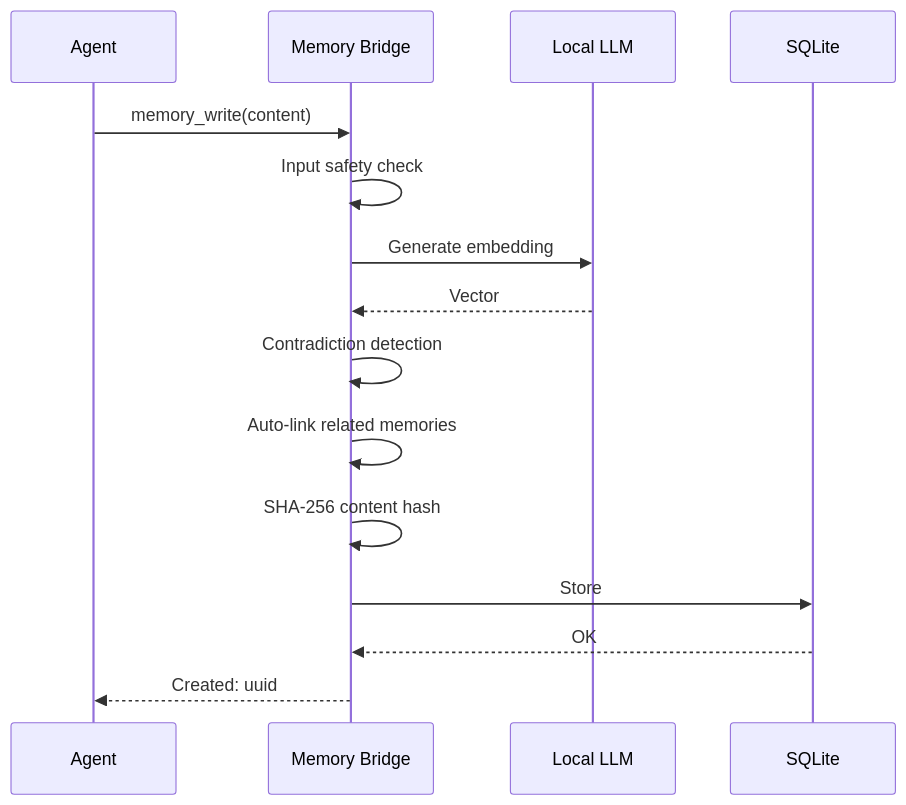
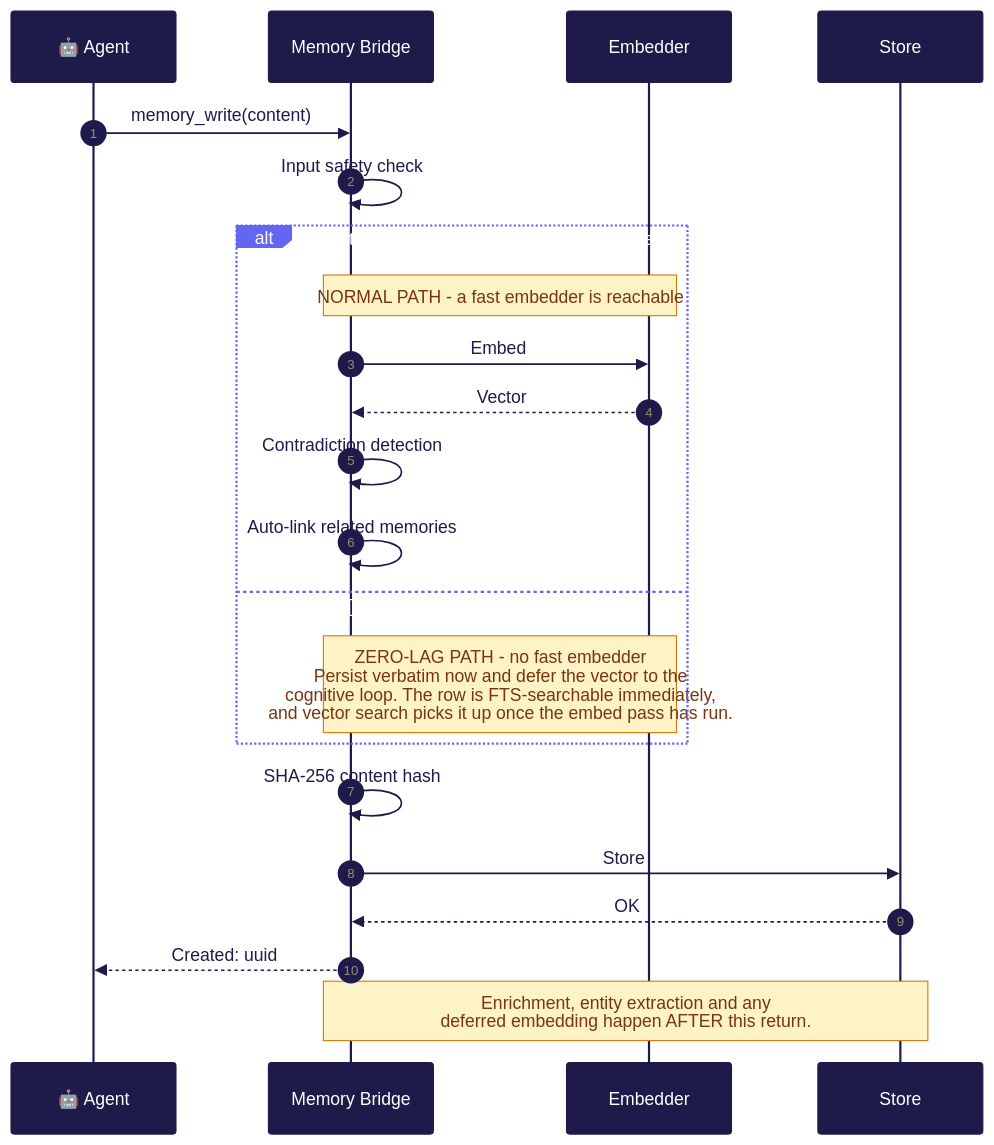
The fourth of 6 diagrams in docs/ARCHITECTURE.md (skynetcmd/m3-memory), drawn with Mermaid before and after one commit. The commit also changed other lines of this file and 1 other file, not shown here.

First line of the commit message:
docs: rebuild the ARCHITECTURE diagrams; add a mermaid render gate

````diff
--- a/docs/ARCHITECTURE.md
+++ b/docs/ARCHITECTURE.md
@@ -148,18 +258,34 @@
 ```mermaid
+%%{init: {'theme':'base','themeVariables':{
+  'primaryColor':'#eef2ff','primaryTextColor':'#1e1b4b','primaryBorderColor':'#6366f1',
+  'lineColor':'#64748b','fontSize':'13px','fontFamily':'ui-sans-serif,system-ui,sans-serif',
+  'actorBkg':'#1e1b4b','actorTextColor':'#ffffff','actorBorder':'#1e1b4b',
+  'noteBkgColor':'#fef3c7','noteBorderColor':'#d97706','noteTextColor':'#78350f',
+  'labelBoxBkgColor':'#6366f1','labelBoxBorderColor':'#6366f1','labelTextColor':'#ffffff',
+  'altBackground':'#f8fafc'}}}%%
 sequenceDiagram
-    participant A as Agent
+    autonumber
+    participant A as 🤖 Agent
     participant M as Memory Bridge
-    participant L as Local LLM
-    participant S as SQLite
+    participant E as Embedder
+    participant S as Store
 
     A->>M: memory_write(content)
     M->>M: Input safety check
-    M->>L: Generate embedding
-    L-->>M: Vector
-    M->>M: Contradiction detection
-    M->>M: Auto-link related memories
+
+    alt fast embedder available - the normal case
+        Note over M,E: NORMAL PATH - a fast embedder is reachable
+        M->>E: Embed
+        E-->>M: Vector
+        M->>M: Contradiction detection
+        M->>M: Auto-link related memories
+    else no fast embedder reachable
+        Note over M,E: ZERO-LAG PATH - no fast embedder<br/>Persist verbatim now and defer the vector to the<br/>cognitive loop. The row is FTS-searchable immediately,<br/>and vector search picks it up once the embed pass has run.
+    end
+
     M->>M: SHA-256 content hash
     M->>S: Store
     S-->>M: OK
     M-->>A: Created: uuid
+    Note over M,S: Enrichment, entity extraction and any<br/>deferred embedding happen AFTER this return.
 ```
````
